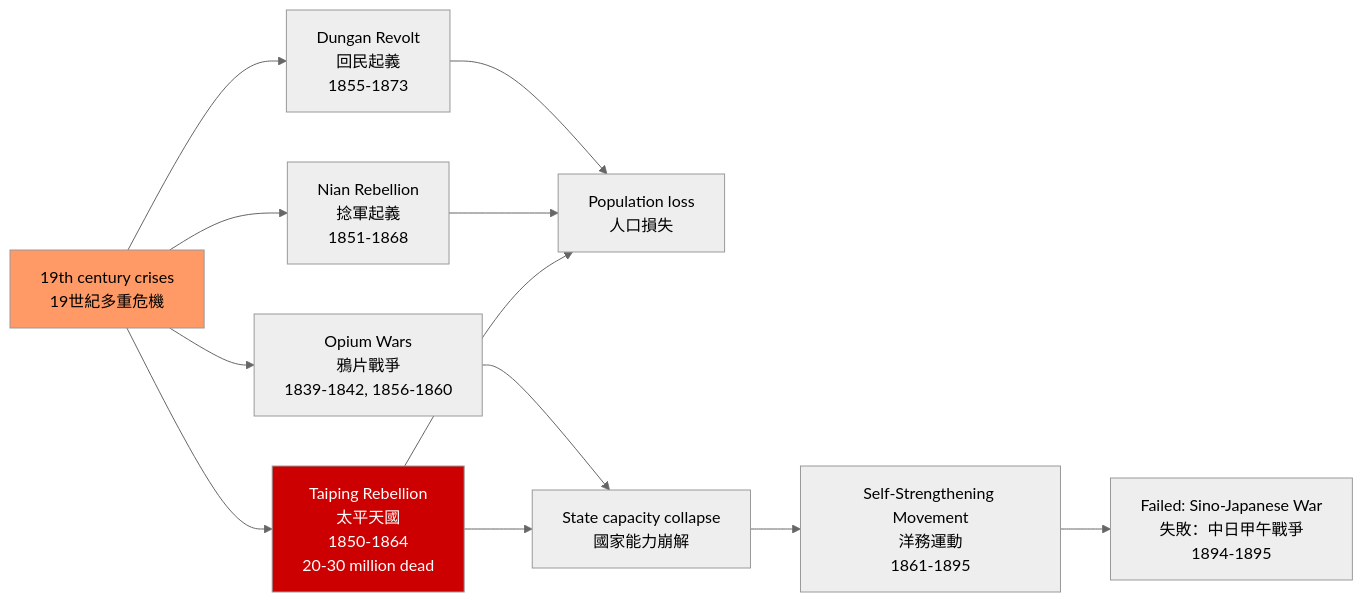
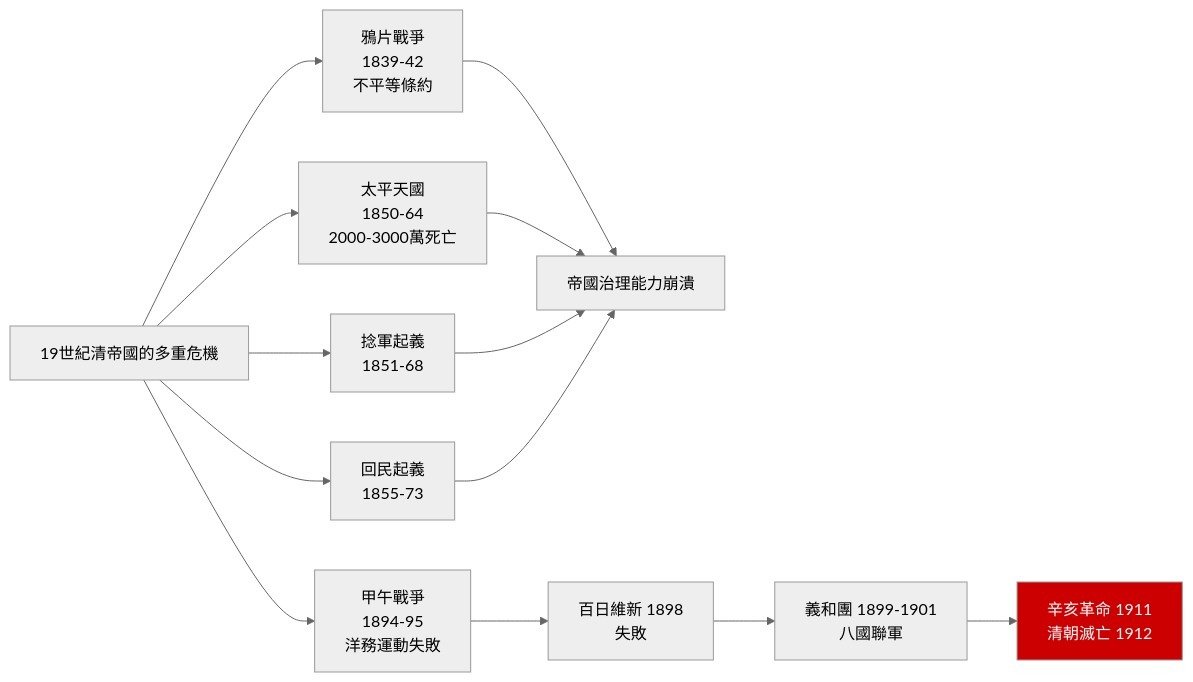
One commit to yip-lgtm/HKU-Harvard-History-Self-Study changed the tenth of 10 diagrams in 01_HKU_Courses/HIST2127_Qing_China_in_the_World.md. Above: the diagram before and after it, drawn with Mermaid (neutral theme). The commit also changed other lines of this file and 5 other files, not shown here.

````diff
--- a/01_HKU_Courses/HIST2127_Qing_China_in_the_World.md
+++ b/01_HKU_Courses/HIST2127_Qing_China_in_the_World.md
@@ -167,20 +501,16 @@
 ```mermaid
 graph LR
-    A[19th century crises<br/>19世紀多重危機] --> B[Taiping Rebellion<br/>太平天國<br/>1850-1864<br/>20-30 million dead]
-    A --> C[Nian Rebellion<br/>捻軍起義<br/>1851-1868]
-    A --> D[Dungan Revolt<br/>回民起義<br/>1855-1873]
-    A --> E[Opium Wars<br/>鴉片戰爭<br/>1839-1842, 1856-1860]
+    A[19世紀清帝國的多重危機] --> B[鴉片戰爭<br/>1839-42<br/>不平等條約]
+    A --> C[太平天國<br/>1850-64<br/>2000-3000萬死亡]
+    A --> D[捻軍起義<br/>1851-68]
+    A --> E[回民起義<br/>1855-73]
+    A --> F[甲午戰爭<br/>1894-95<br/>洋務運動失敗]
     
-    B --> F[Population loss<br/>人口損失]
-    C --> F
-    D --> F
+    B & C & D & E --> G[帝國治理能力崩潰]
     
-    B --> G[State capacity collapse<br/>國家能力崩解]
-    E --> G
+    F --> H[百日維新 1898<br/>失敗]
+    H --> I[義和團 1899-1901<br/>八國聯軍]
+    I --> J[辛亥革命 1911<br/>清朝滅亡 1912]
     
-    G --> H[Self-Strengthening Movement<br/>洋務運動<br/>1861-1895]
-    H --> I[Failed: Sino-Japanese War<br/>失敗：中日甲午戰爭<br/>1894-1895]
-    
-    style A fill:#f96
-    style B fill:#c00,color:#fff
+    style J fill:#c00,color:#fff
 ```
````
